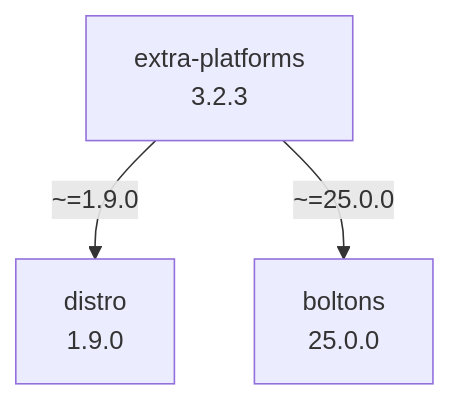
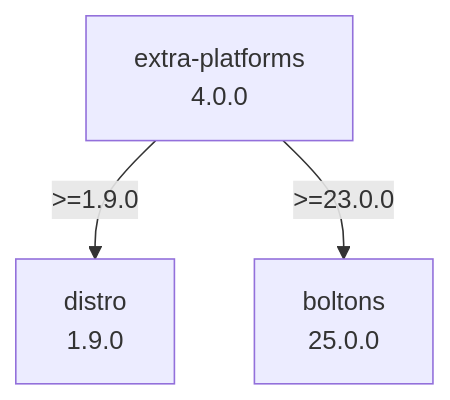
One commit to kdeldycke/extra-platforms changed the diagram in docs/assets/dependencies.mmd. Above: the diagram before and after it, drawn with Mermaid.

Commit message:
[autofix] Regenerate dependency graph

```diff
--- a/docs/assets/dependencies.mmd
+++ b/docs/assets/dependencies.mmd
@@ -1,7 +1,7 @@
 flowchart TD
     classDef missing stroke-dasharray: 5
     boltons["boltons\n25.0.0"]
     distro["distro\n1.9.0"]
-    extra-platforms["extra-platforms\n3.2.3"]
-    extra-platforms -- "~=1.9.0" --> distro
-    extra-platforms -- "~=25.0.0" --> boltons
+    extra-platforms["extra-platforms\n4.0.0"]
+    extra-platforms -- ">=1.9.0" --> distro
+    extra-platforms -- ">=23.0.0" --> boltons
```
